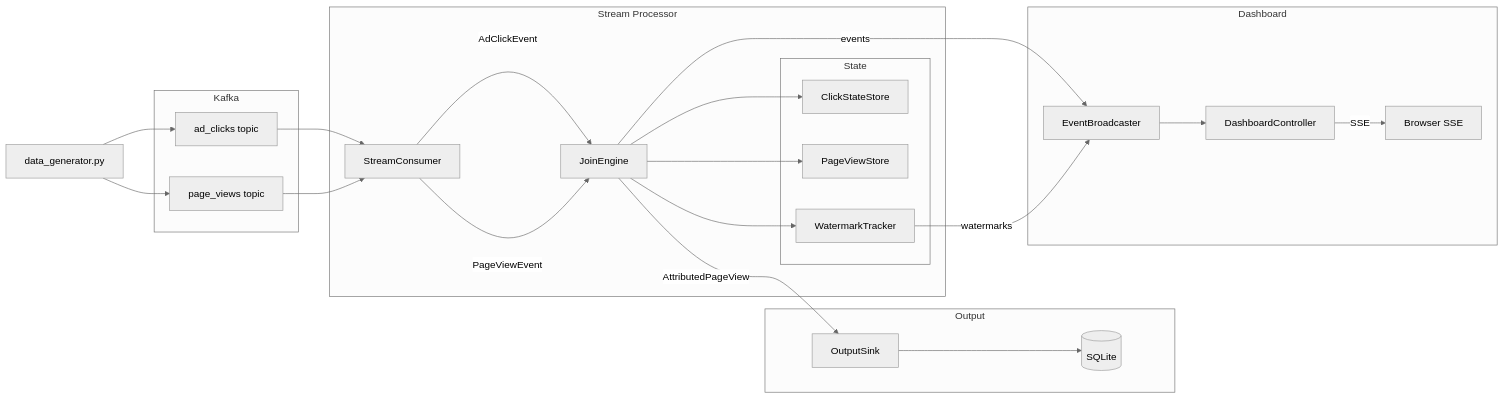
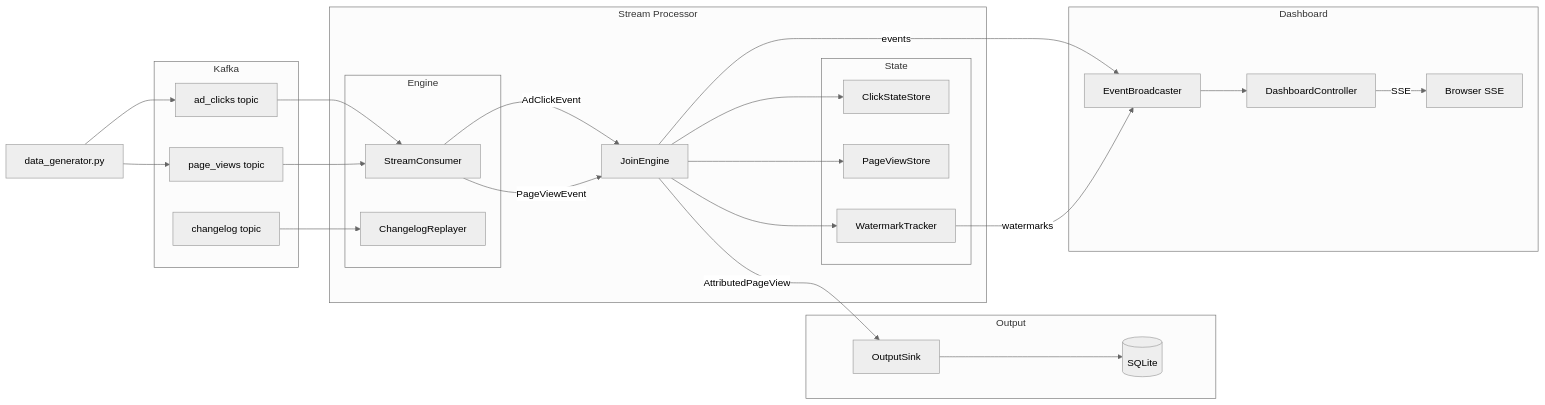
Before and after one commit to dfunto/uno-mille: the diagram in README.md, drawn with Mermaid (neutral theme).

Commit message:
fix diagram for presentation

````diff
--- a/README.md
+++ b/README.md
@@ -21,47 +21,52 @@
 ```mermaid
 graph LR
     PY[data_generator.py] --> KC
     PY --> KP
 
     subgraph Kafka
         KC[ad_clicks topic]
         KP[page_views topic]
+        KCL[changelog topic]
     end
 
     subgraph Stream Processor
-        SC[StreamConsumer]
+        subgraph Engine
+            SC[StreamConsumer]
+            SCL[ChangelogReplayer]
+        end
 
         subgraph State
             CS[ClickStateStore]
             PS[PageViewStore]
             WT[WatermarkTracker]
         end
 
         JE[JoinEngine]
         SC -- AdClickEvent --> JE
         SC -- PageViewEvent --> JE
         JE --> CS
         JE --> PS
         JE --> WT
     end
 
     KC --> SC
     KP --> SC
+    KCL --> SCL
 
     subgraph Output
         SK[OutputSink]
         DB[(SQLite)]
     end
 
     JE -- AttributedPageView --> SK --> DB
 
     subgraph Dashboard
         EB[EventBroadcaster]
         DC[DashboardController]
         BR[Browser SSE]
     end
 
     JE -- events --> EB
     WT -- watermarks --> EB
     EB --> DC -- SSE --> BR
 ```
````
